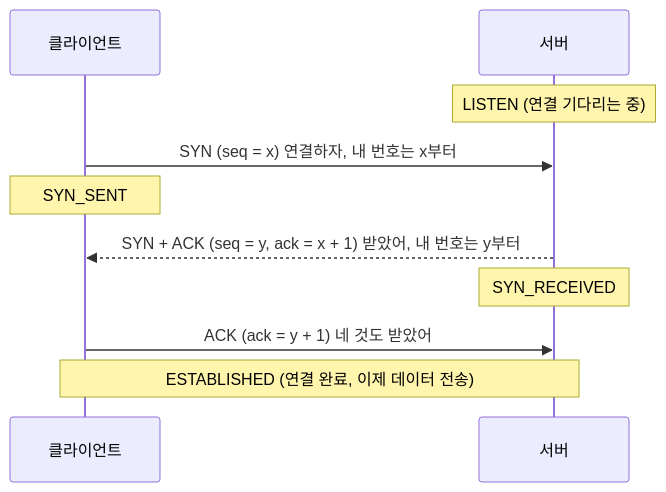
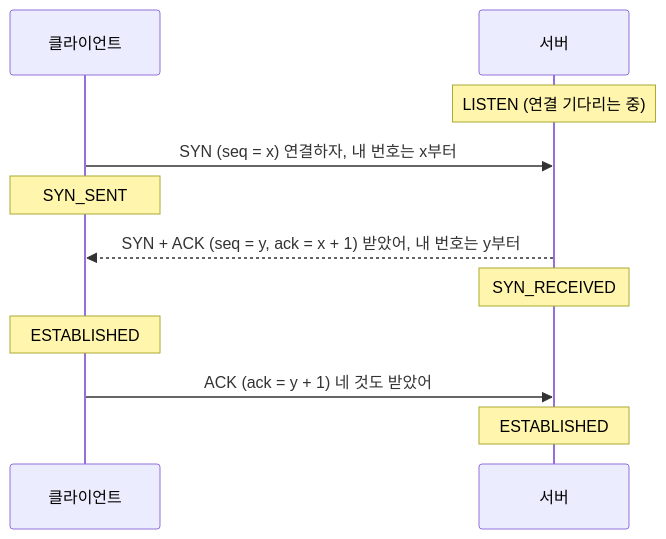
The first of 3 diagrams in CS_Basic/Network/TCP 연결 과정(TCP Handshake)/README.md (JangHwanPark/Note), drawn with Mermaid before and after one commit. The commit also changed other lines of this file and 6 other files, not shown here.

````diff
--- a/CS_Basic/Network/TCP 연결 과정(TCP Handshake)/README.md
+++ b/CS_Basic/Network/TCP 연결 과정(TCP Handshake)/README.md
@@ -49,12 +52,13 @@
 ```mermaid
 sequenceDiagram
     participant C as 클라이언트
     participant S as 서버
     Note over S: LISTEN (연결 기다리는 중)
     C->>S: SYN (seq = x) 연결하자, 내 번호는 x부터
     Note over C: SYN_SENT
     S-->>C: SYN + ACK (seq = y, ack = x + 1) 받았어, 내 번호는 y부터
     Note over S: SYN_RECEIVED
+    Note over C: ESTABLISHED
     C->>S: ACK (ack = y + 1) 네 것도 받았어
-    Note over C,S: ESTABLISHED (연결 완료, 이제 데이터 전송)
+    Note over S: ESTABLISHED
 ```
````
